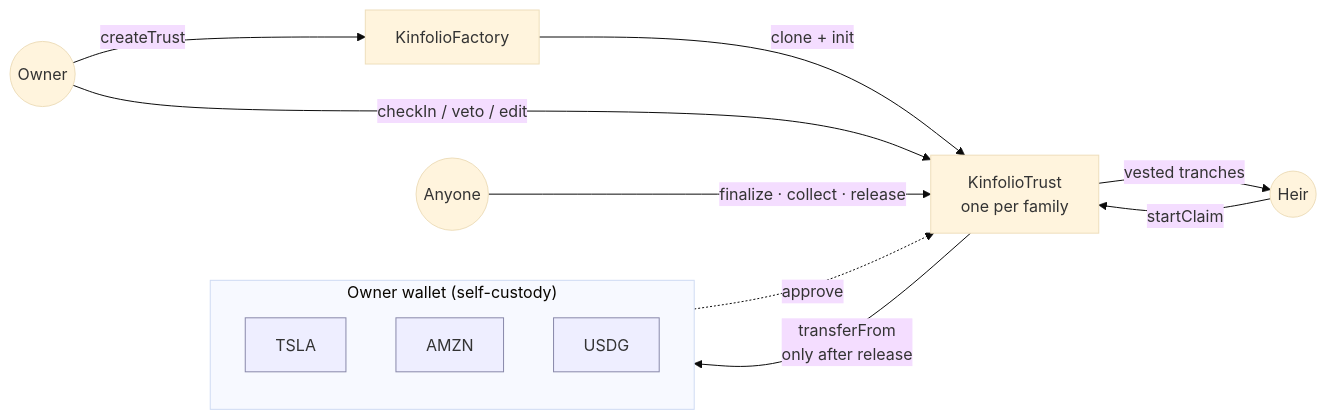
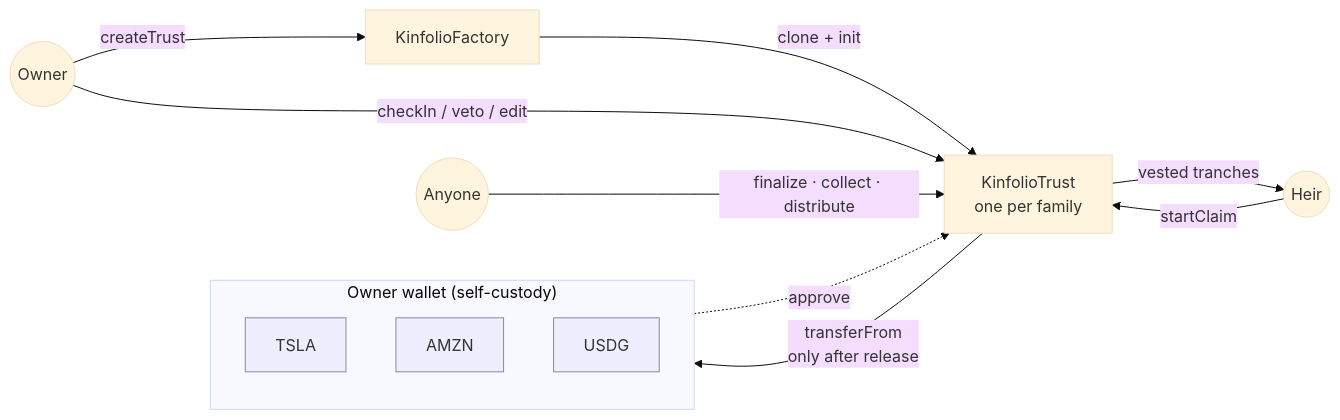
The first of 2 diagrams in docs/ARCHITECTURE.md (techbone/Kinfolio), drawn with Mermaid (base theme) before and after one commit. The commit also changed other lines of this file, not shown here.

Commit message:
docs: rename release to distribute

````diff
--- a/docs/ARCHITECTURE.md
+++ b/docs/ARCHITECTURE.md
@@ -30,19 +30,19 @@
 ```mermaid
 flowchart LR
     subgraph W["Owner wallet (self-custody)"]
         T1[TSLA]:::tok
         T2[AMZN]:::tok
         U[USDG]:::tok
     end
 
     O((Owner)) -- createTrust --> F[KinfolioFactory]
     F -- clone + init --> K[KinfolioTrust<br/>one per family]
     W -. approve .-> K
     O -- checkIn / veto / edit --> K
     H((Heir)) -- startClaim --> K
-    A((Anyone)) -- finalize · collect · release --> K
+    A((Anyone)) -- finalize · collect · distribute --> K
     K -- transferFrom<br/>only after release --> W
     K -- vested tranches --> H
 
     classDef tok fill:#eef,stroke:#88a
 ```
````
